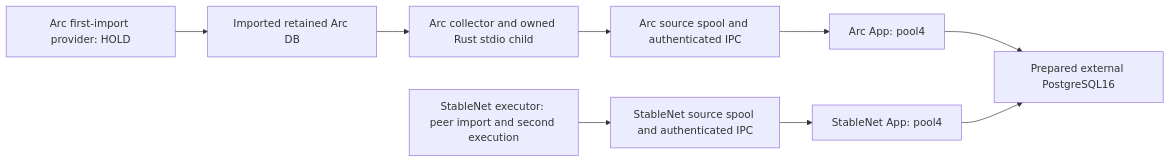
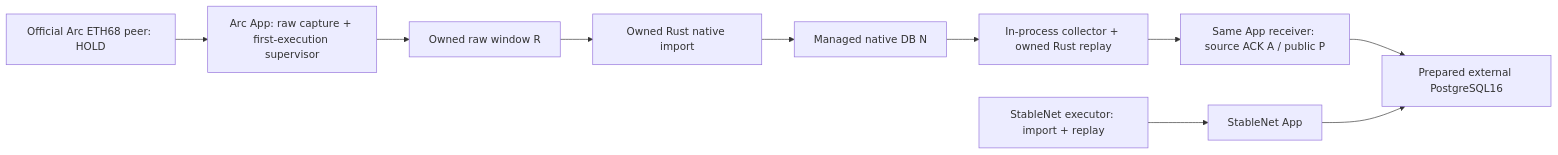
One commit to 0xmhha/indexer-go changed the diagram in deployments/native/runtime/README.md. Above: the diagram before and after it, drawn with Mermaid. The commit also changed other lines of this file and 25 other files, not shown here.

````diff
--- a/deployments/native/runtime/README.md
+++ b/deployments/native/runtime/README.md
@@ -67,11 +58,12 @@
 ```mermaid
 flowchart LR
-  Import[Arc first-import provider: HOLD] --> ArcDB[Imported retained Arc DB]
-  ArcDB --> Collector[Arc collector and owned Rust stdio child]
-  Collector --> ArcIPC[Arc source spool and authenticated IPC]
-  ArcIPC --> ArcApp[Arc App: pool4]
-  Stable[StableNet executor: peer import and second execution] --> StableIPC[StableNet source spool and authenticated IPC]
-  StableIPC --> StableApp[StableNet App: pool4]
-  ArcApp --> PG[Prepared external PostgreSQL16]
+  Peer[Official Arc ETH68 peer: HOLD] --> App[Arc App: raw capture + first-execution supervisor]
+  App --> Raw[Owned raw window R]
+  Raw --> First[Owned Rust native import]
+  First --> Native[Managed native DB N]
+  Native --> Second[In-process collector + owned Rust replay]
+  Second --> Receiver[Same App receiver: source ACK A / public P]
+  Receiver --> PG[Prepared external PostgreSQL16]
+  Stable[StableNet executor: import + replay] --> StableApp[StableNet App]
   StableApp --> PG
 ```
````
